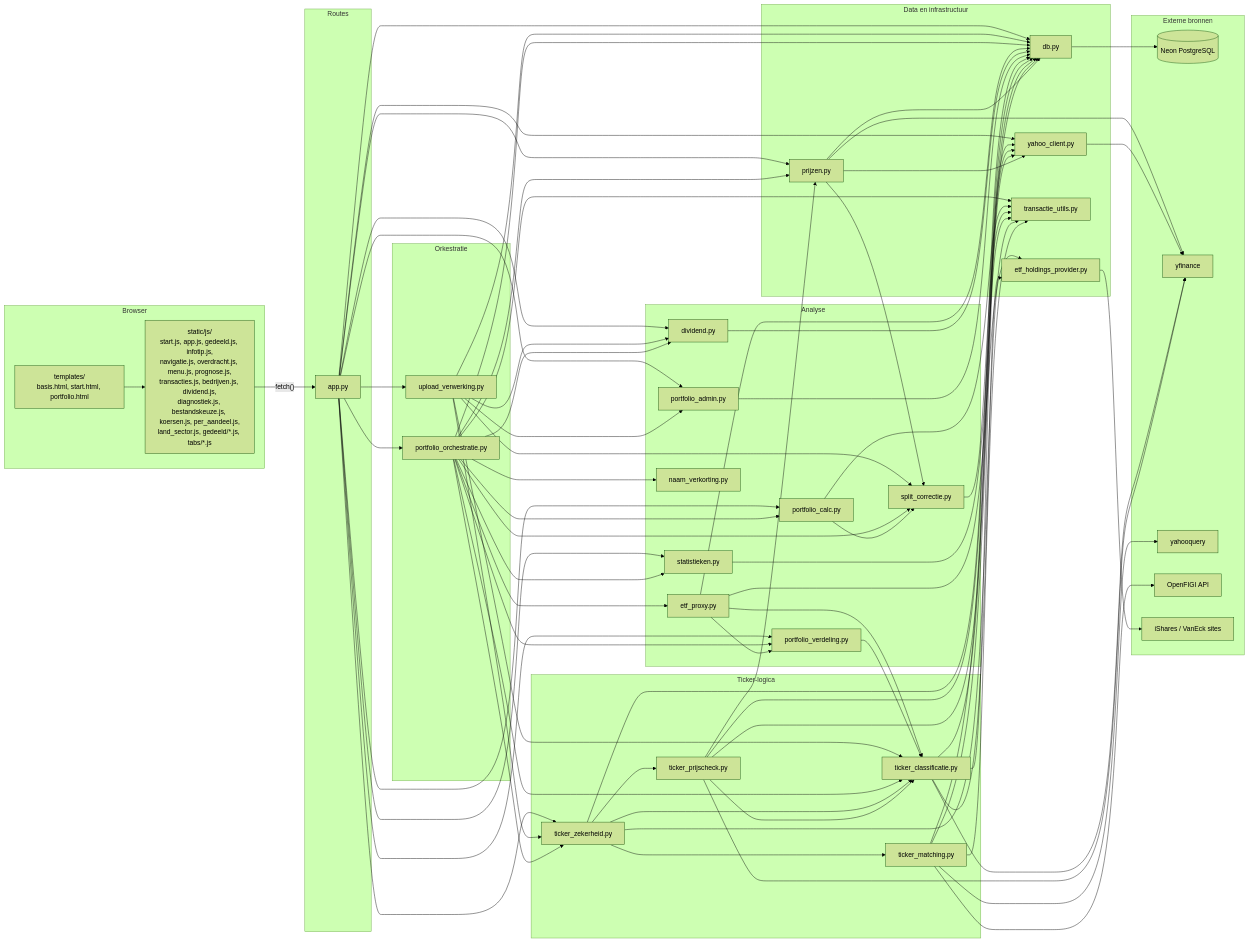
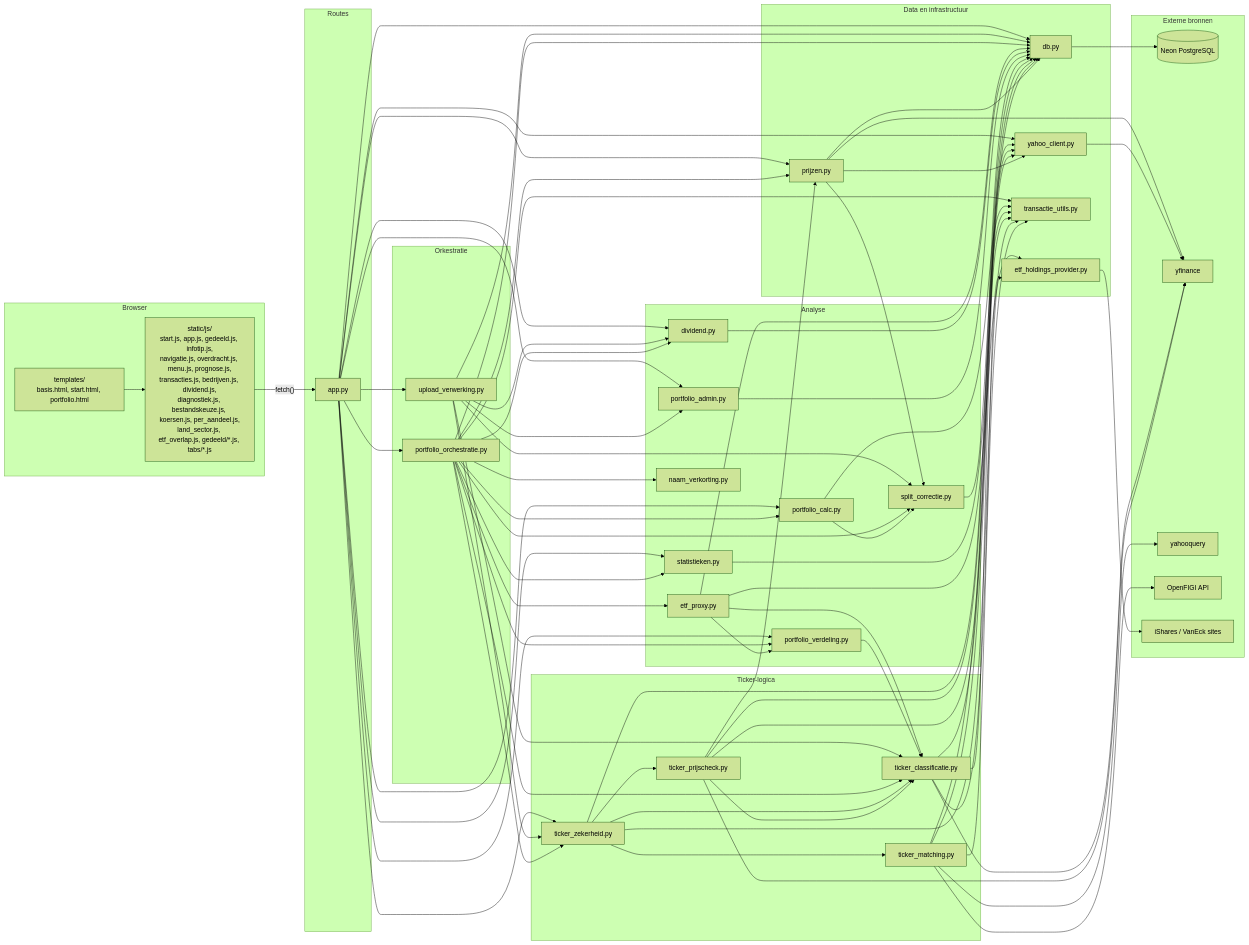
Before and after one commit to lobkest/portfolioTracker: the first of 4 diagrams in docs/CODE_OVERZICHT.md, drawn with Mermaid (forest theme). The commit also changed other lines of this file and 13 other files, not shown here.

```diff
--- a/docs/CODE_OVERZICHT.md
+++ b/docs/CODE_OVERZICHT.md
@@ -67,7 +69,7 @@
 flowchart LR
     subgraph FE["Browser"]
         HTML["templates/<br/>basis.html, start.html, portfolio.html"]
-        JS["static/js/<br/>start.js, app.js, gedeeld.js, infotip.js,<br/>navigatie.js, overdracht.js, menu.js, prognose.js,<br/>transacties.js, bedrijven.js, dividend.js,<br/>diagnostiek.js, bestandskeuze.js, koersen.js, per_aandeel.js,<br/>land_sector.js, gedeeld/*.js, tabs/*.js"]
+        JS["static/js/<br/>start.js, app.js, gedeeld.js, infotip.js,<br/>navigatie.js, overdracht.js, menu.js, prognose.js,<br/>transacties.js, bedrijven.js, dividend.js,<br/>diagnostiek.js, bestandskeuze.js, koersen.js, per_aandeel.js,<br/>land_sector.js, etf_overlap.js, gedeeld/*.js, tabs/*.js"]
     end
 
     subgraph ROUTES["Routes"]
```
